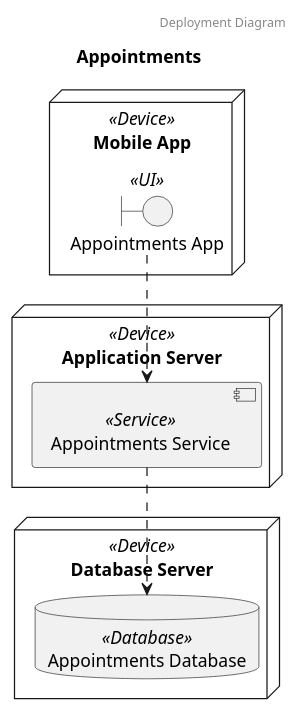
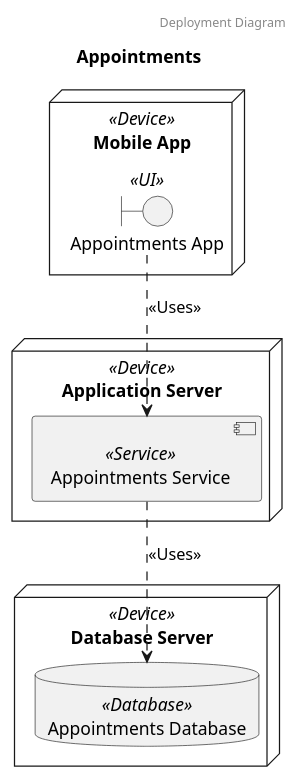
Before and after one commit to garrettsutula/example-trellis-project: the second of 3 diagrams in diagrams/systems/Appointments.puml, drawn with PlantUML. The commit also changed other lines of this file and 29 other files, not shown here.

Commit message:
Update deps, diagram examples

```diff
--- a/diagrams/systems/Appointments.puml
+++ b/diagrams/systems/Appointments.puml
@@ -15,15 +15,16 @@
 @startuml Deployment Diagram Appointments
 header Deployment Diagram
 title Appointments
 node "Mobile App" as Mobile_App <<Device>> {
-	boundary "Appointments App" as Appointments_App <<UI>>
+	boundary "Appointments App" as Appointments_Appointments_App <<UI>>
 }
 node "Application Server" as Application_Server <<Device>> {
-	component "Appointments Service" as Appointments_Service <<Service>>
+	component "Appointments Service" as Appointments_Appointments_Service <<Service>> {
+	}
 }
 node "Database Server" as Database_Server <<Device>> {
-	database "Appointments Database" as Appointments_Database <<Database>>
+	database "Appointments Database" as Appointments_Appointments_Database <<Database>>
 }
-	Appointments_App .down-> Appointments_Service
-	Appointments_Service .down-> Appointments_Database
+	Appointments_Appointments_App .down-> Appointments_Appointments_Service: <<Uses>>
+	Appointments_Appointments_Service .down-> Appointments_Appointments_Database: <<Uses>>
 @enduml
```
